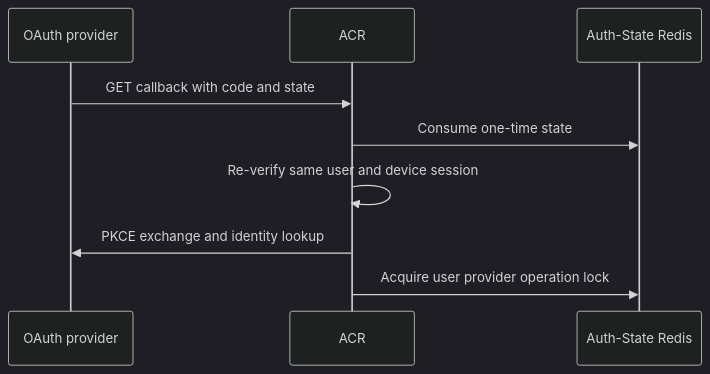
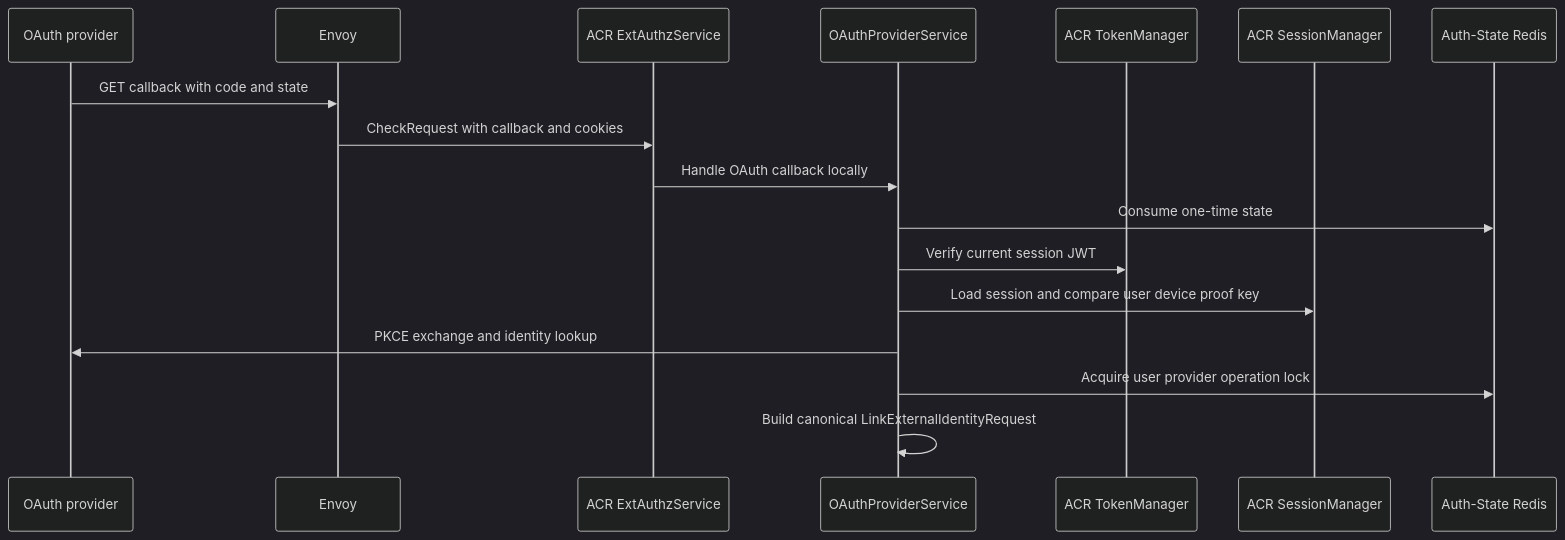
Before and after one commit to phucle996/aurora: the second of 3 diagrams in god_view/iam/user_social_link_god_view_workflow.md, drawn with Mermaid (dark theme). The commit also changed other lines of this file and 165 other files, not shown here.

````diff
--- a/god_view/iam/user_social_link_god_view_workflow.md
+++ b/god_view/iam/user_social_link_god_view_workflow.md
@@ -69,12 +113,20 @@
 ```mermaid
 sequenceDiagram
     participant P as OAuth provider
-    participant A as ACR
+    participant E as Envoy
+    participant X as ACR ExtAuthzService
+    participant O as OAuthProviderService
+    participant TM as ACR TokenManager
+    participant SM as ACR SessionManager
     participant R as Auth-State Redis
 
-    P->>A: GET callback with code and state
-    A->>R: Consume one-time state
-    A->>A: Re-verify same user and device session
-    A->>P: PKCE exchange and identity lookup
-    A->>R: Acquire user provider operation lock
+    P->>E: GET callback with code and state
+    E->>X: CheckRequest with callback and cookies
+    X->>O: Handle OAuth callback locally
+    O->>R: Consume one-time state
+    O->>TM: Verify current session JWT
+    O->>SM: Load session and compare user device proof key
+    O->>P: PKCE exchange and identity lookup
+    O->>R: Acquire user provider operation lock
+    O->>O: Build canonical LinkExternalIdentityRequest
 ```
````
